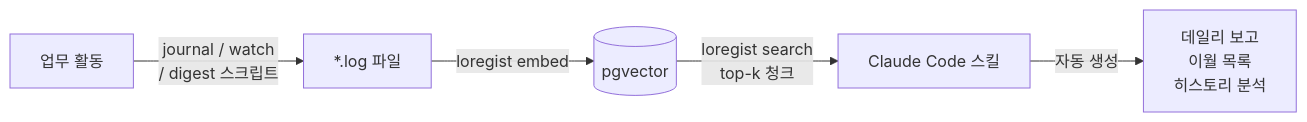
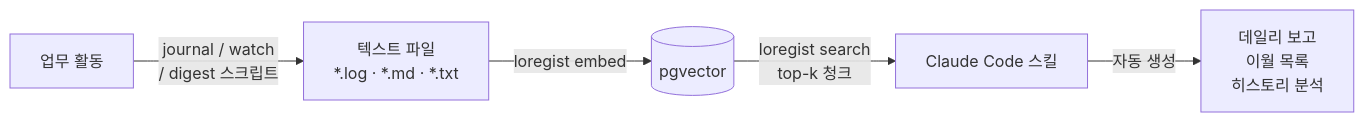
The eighth of 9 diagrams in ARCHITECTURE.md (mzd-nrkim/loregist), drawn with Mermaid before and after one commit. The commit also changed other lines of this file and 45 other files, not shown here.

````diff
--- a/ARCHITECTURE.md
+++ b/ARCHITECTURE.md
@@ -237,7 +318,7 @@
 ```mermaid
 flowchart LR
-    WORK[업무 활동] -->|"journal / watch\n/ digest 스크립트"| LOG["*.log 파일"]
+    WORK[업무 활동] -->|"journal / watch\n/ digest 스크립트"| LOG["텍스트 파일\n*.log · *.md · *.txt"]
     LOG -->|"loregist embed"| DB[(pgvector)]
     DB -->|"loregist search\ntop-k 청크"| SKILLS[Claude Code 스킬]
     SKILLS -->|자동 생성| OUT["데일리 보고\n이월 목록\n히스토리 분석"]
 ```
````
